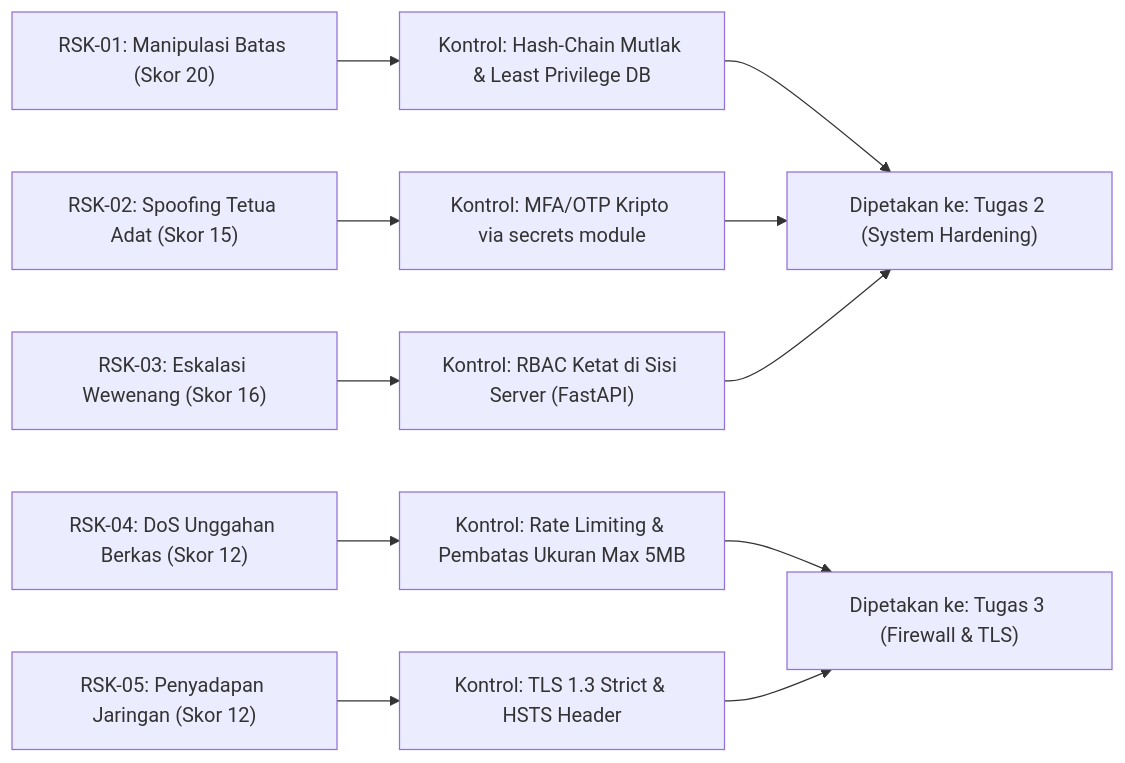
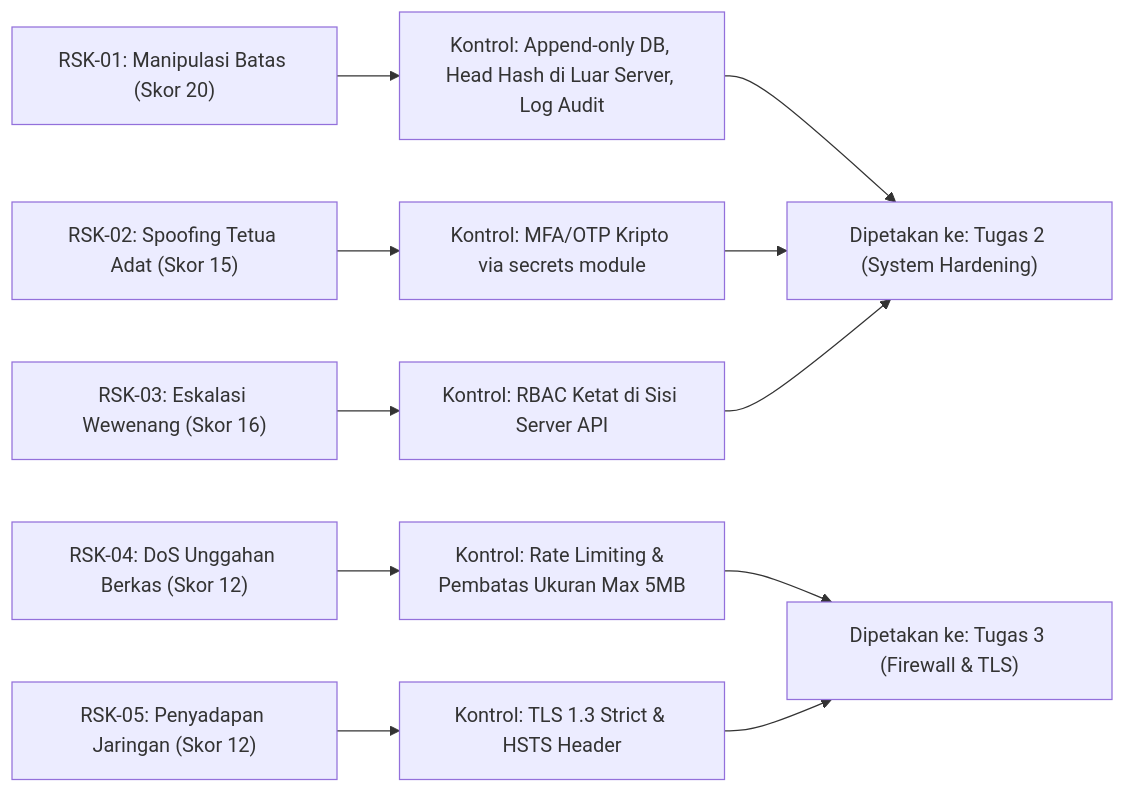
The diagram in security/risk-register.md (yosafatjac/tanahkita), drawn with Mermaid before and after one commit. The commit also changed other lines of this file and 8 other files, not shown here.

````diff
--- a/security/risk-register.md
+++ b/security/risk-register.md
@@ -40,8 +40,8 @@
 ```mermaid
 flowchart LR
-    RSK01["RSK-01: Manipulasi Batas (Skor 20)"] --> CTL01["Kontrol: Hash-Chain Mutlak & Least Privilege DB"] --> TUGAS2["Dipetakan ke: Tugas 2 (System Hardening)"]
+    RSK01["RSK-01: Manipulasi Batas (Skor 20)"] --> CTL01["Kontrol: Append-only DB, Head Hash di Luar Server, Log Audit"] --> TUGAS2["Dipetakan ke: Tugas 2 (System Hardening)"]
     RSK02["RSK-02: Spoofing Tetua Adat (Skor 15)"] --> CTL02["Kontrol: MFA/OTP Kripto via secrets module"] --> TUGAS2
-    RSK03["RSK-03: Eskalasi Wewenang (Skor 16)"] --> CTL03["Kontrol: RBAC Ketat di Sisi Server (FastAPI)"] --> TUGAS2
+    RSK03["RSK-03: Eskalasi Wewenang (Skor 16)"] --> CTL03["Kontrol: RBAC Ketat di Sisi Server API"] --> TUGAS2
     RSK04["RSK-04: DoS Unggahan Berkas (Skor 12)"] --> CTL04["Kontrol: Rate Limiting & Pembatas Ukuran Max 5MB"] --> TUGAS3["Dipetakan ke: Tugas 3 (Firewall & TLS)"]
     RSK05["RSK-05: Penyadapan Jaringan (Skor 12)"] --> CTL05["Kontrol: TLS 1.3 Strict & HSTS Header"] --> TUGAS3
 ```
````
